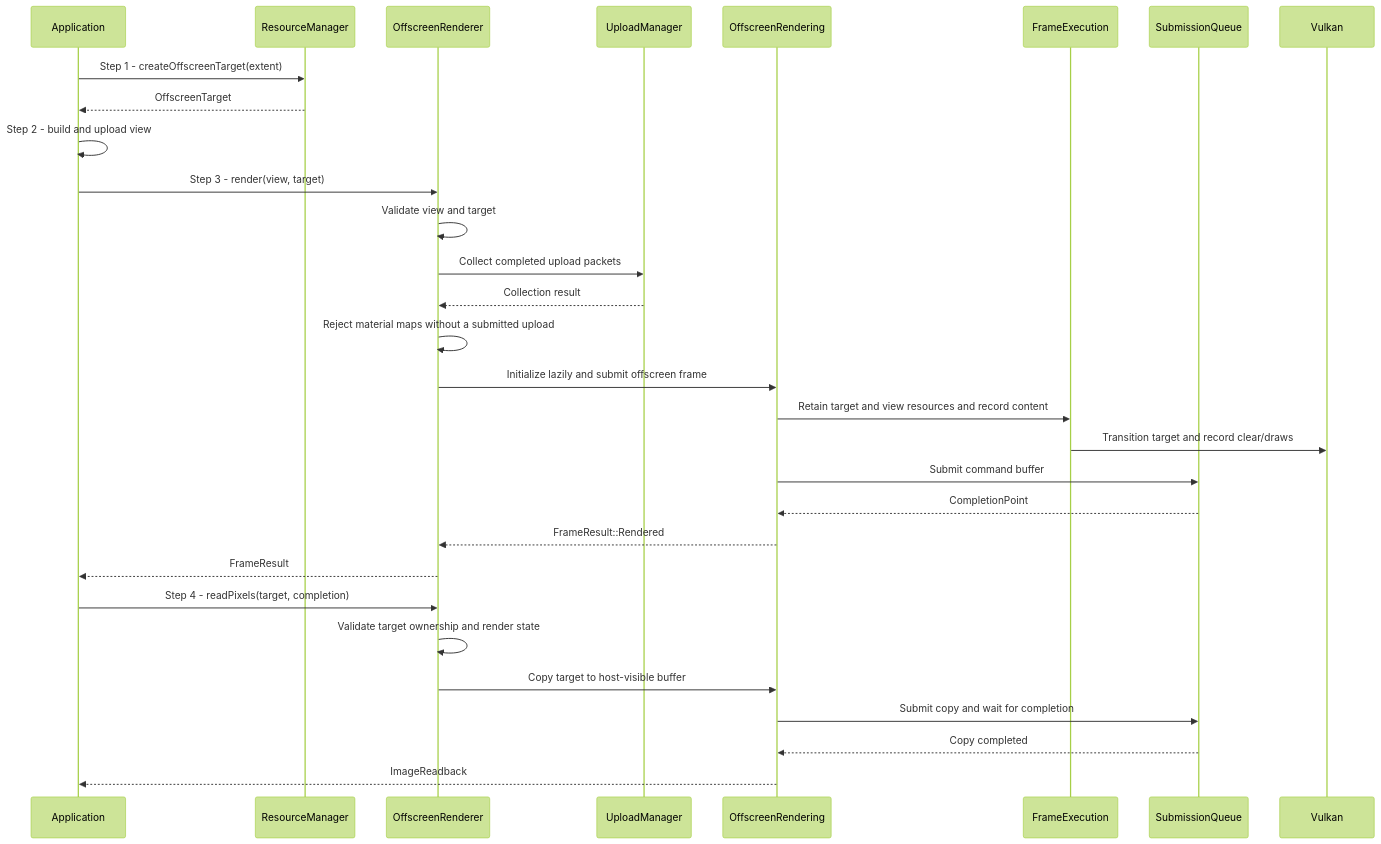
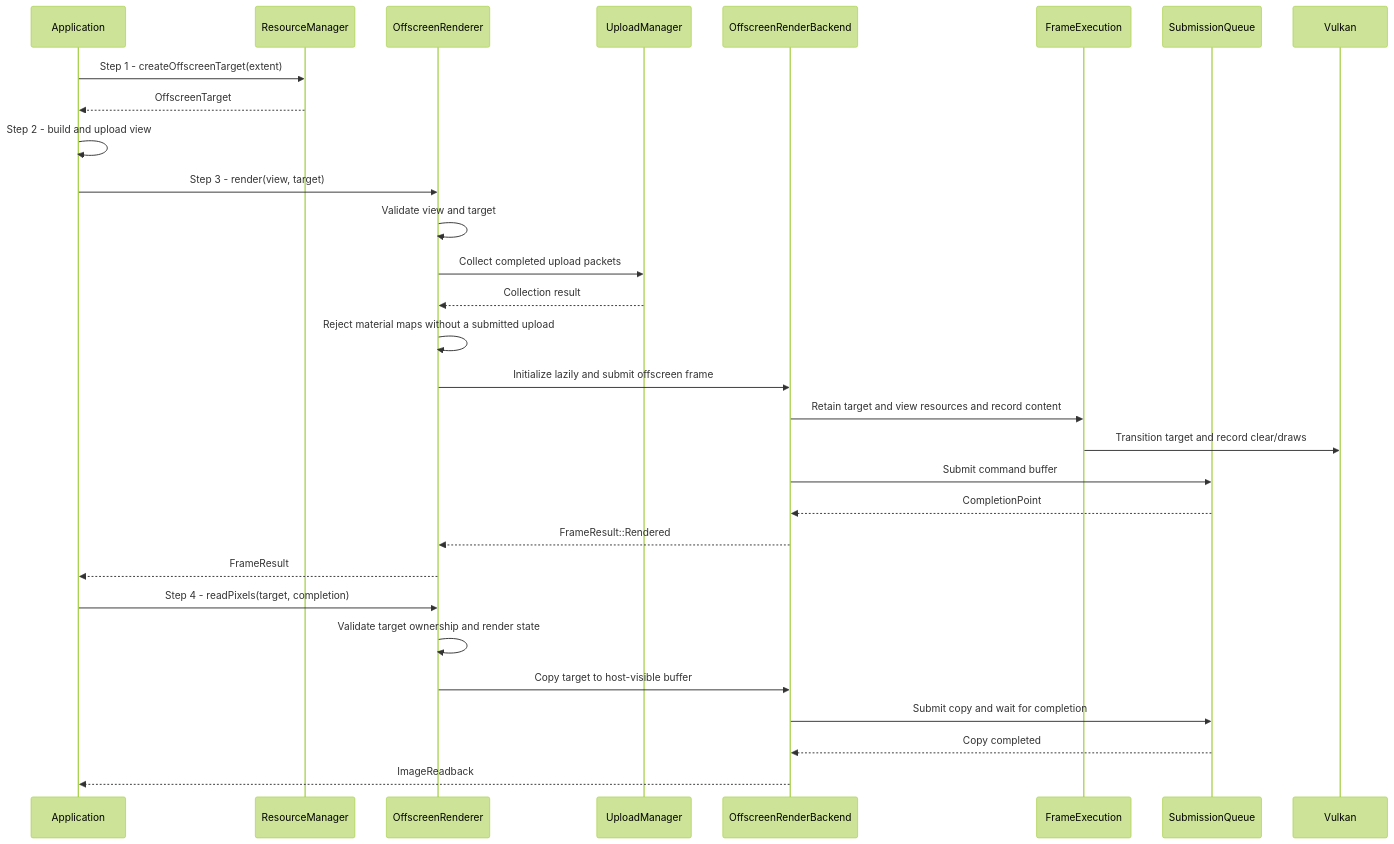
Before and after one commit to a-soltysik/Panda: the diagram in docs/use-cases/render-offscreen-view.md, drawn with Mermaid (forest theme). The commit also changed other lines of this file and 83 other files, not shown here.

````diff
--- a/docs/use-cases/render-offscreen-view.md
+++ b/docs/use-cases/render-offscreen-view.md
@@ -36,32 +36,32 @@
 ```mermaid
 sequenceDiagram
     participant A as Application
     participant M as ResourceManager
     participant R as OffscreenRenderer
     participant U as UploadManager
-    participant O as OffscreenRendering
+    participant O as OffscreenRenderBackend
     participant E as FrameExecution
     participant Q as SubmissionQueue
     participant V as Vulkan
     A->>M: Step 1 - createOffscreenTarget(extent)
     M-->>A: OffscreenTarget
     A->>A: Step 2 - build and upload view
     A->>R: Step 3 - render(view, target)
     R->>R: Validate view and target
     R->>U: Collect completed upload packets
     U-->>R: Collection result
     R->>R: Reject material maps without a submitted upload
     R->>O: Initialize lazily and submit offscreen frame
     O->>E: Retain target and view resources and record content
     E->>V: Transition target and record clear/draws
     O->>Q: Submit command buffer
     Q-->>O: CompletionPoint
     O-->>R: FrameResult::Rendered
     R-->>A: FrameResult
     A->>R: Step 4 - readPixels(target, completion)
     R->>R: Validate target ownership and render state
     R->>O: Copy target to host-visible buffer
     O->>Q: Submit copy and wait for completion
     Q-->>O: Copy completed
     O-->>A: ImageReadback
 ```
````
